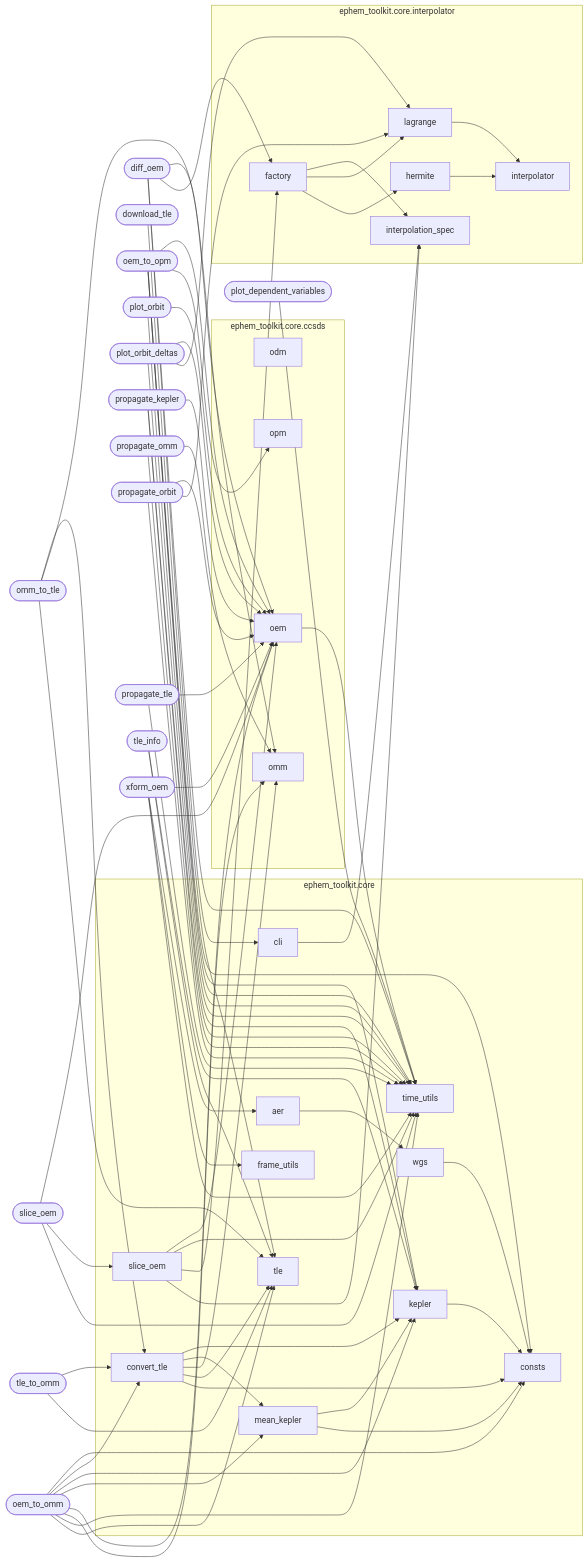
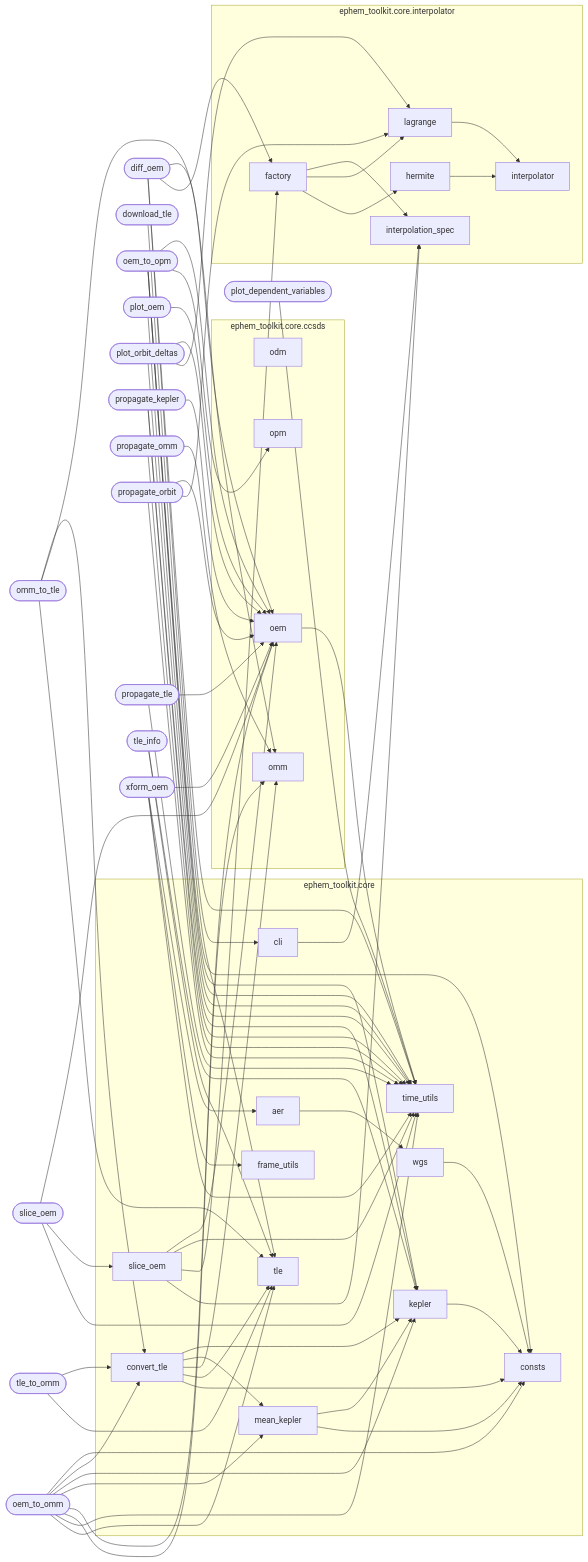
The diagram in docs/python_module_dependency_graph.mmd (jeongyunl/ephem-toolkit), drawn with Mermaid before and after one commit. The commit also changed 15 other files, not shown here.

Commit message:
Rename plot-orbit to plot-oem

```diff
--- a/docs/python_module_dependency_graph.mmd
+++ b/docs/python_module_dependency_graph.mmd
@@ -1,130 +1,130 @@
 ---
 config:
   flowchart:
     curve: basis
 ---
 graph LR
 
 %% Internal Python module dependencies under ephem_toolkit namespace
 %% Standalone scripts use stadium shape ([...])
 %% Library modules use default rectangle shape [...]
 %% Updated to match the current packages and CLI entry points.
 
     subgraph core["ephem_toolkit.core"]
         mod_core_aer[aer]
         mod_core_consts[consts]
         mod_core_convert_tle[convert_tle]
         mod_core_frame_utils[frame_utils]
         mod_core_kepler[kepler]
         mod_core_mean_kepler[mean_kepler]
         mod_core_slice_oem[slice_oem]
         mod_core_time_utils[time_utils]
         mod_core_tle[tle]
         mod_core_wgs[wgs]
         mod_core_cli[cli]
     end
 
     subgraph ccsds["ephem_toolkit.core.ccsds"]
         mod_core_odm[odm]
         mod_core_oem[oem]
         mod_core_opm[opm]
         mod_core_omm[omm]
     end
 
     subgraph interpolator["ephem_toolkit.core.interpolator"]
         mod_interpolator_interpolator[interpolator]
         mod_interpolator_lagrange[lagrange]
         mod_interpolator_hermite[hermite]
         mod_interpolator_spec[interpolation_spec]
         mod_interpolator_factory[factory]
     end
 
     mod_util_diff_oem([diff_oem])
     mod_util_download_tle([download_tle])
     mod_util_oem_to_omm([oem_to_omm])
     mod_util_oem_to_opm([oem_to_opm])
     mod_util_omm_to_tle([omm_to_tle])
-    mod_util_plot_orbit([plot_orbit])
+    mod_util_plot_oem([plot_oem])
     mod_util_plot_orbit_deltas([plot_orbit_deltas])
     mod_util_plot_dep_vars([plot_dependent_variables])
     mod_util_propagate_kepler([propagate_kepler])
     mod_util_propagate_omm([propagate_omm])
     mod_util_propagate_orbit([propagate_orbit])
     mod_util_propagate_tle([propagate_tle])
     mod_util_slice_oem([slice_oem])
     mod_util_tle_info([tle_info])
     mod_util_tle_to_omm([tle_to_omm])
     mod_util_xform_oem([xform_oem])
 
     %% ===== Core library internal edges =====
     mod_core_aer --> mod_core_wgs
     mod_core_convert_tle --> mod_core_kepler
     mod_core_convert_tle --> mod_core_mean_kepler
     mod_core_convert_tle --> mod_core_omm
     mod_core_convert_tle --> mod_core_tle
     mod_core_convert_tle --> mod_core_consts
     mod_core_kepler --> mod_core_consts
     mod_core_mean_kepler --> mod_core_kepler
     mod_core_mean_kepler --> mod_core_consts
     mod_core_oem --> mod_core_time_utils
     mod_core_slice_oem --> mod_core_oem
     mod_core_slice_oem --> mod_core_time_utils
     mod_core_slice_oem --> mod_interpolator_factory
     mod_core_slice_oem --> mod_interpolator_spec
     mod_core_wgs --> mod_core_consts
     mod_interpolator_lagrange --> mod_interpolator_interpolator
     mod_interpolator_hermite --> mod_interpolator_interpolator
     mod_interpolator_factory --> mod_interpolator_spec
     mod_interpolator_factory --> mod_interpolator_lagrange
     mod_interpolator_factory --> mod_interpolator_hermite
     mod_core_cli --> mod_interpolator_spec
 
     %% ===== Utility module edges to core =====
     mod_util_xform_oem --> mod_core_aer
     mod_util_xform_oem --> mod_core_frame_utils
     mod_util_xform_oem --> mod_core_oem
     mod_util_xform_oem --> mod_core_time_utils
     mod_util_omm_to_tle --> mod_core_convert_tle
     mod_util_omm_to_tle --> mod_core_omm
     mod_util_omm_to_tle --> mod_core_tle
     mod_util_slice_oem --> mod_core_oem
     mod_util_slice_oem --> mod_core_slice_oem
     mod_util_slice_oem --> mod_core_time_utils
     mod_util_tle_info --> mod_core_kepler
     mod_util_tle_info --> mod_core_tle
     mod_util_tle_to_omm --> mod_core_convert_tle
     mod_util_tle_to_omm --> mod_core_tle
     mod_util_diff_oem --> mod_core_oem
     mod_util_diff_oem --> mod_core_time_utils
     mod_util_diff_oem --> mod_interpolator_factory
     mod_util_diff_oem --> mod_core_cli
-    mod_util_plot_orbit --> mod_core_oem
-    mod_util_plot_orbit --> mod_core_time_utils
+    mod_util_plot_oem --> mod_core_oem
+    mod_util_plot_oem --> mod_core_time_utils
     mod_util_plot_orbit_deltas --> mod_core_oem
     mod_util_plot_orbit_deltas --> mod_core_time_utils
     mod_util_plot_orbit_deltas --> mod_interpolator_lagrange
     mod_util_plot_dep_vars --> mod_core_time_utils
     mod_util_propagate_kepler --> mod_core_oem
     mod_util_propagate_kepler --> mod_core_kepler
     mod_util_propagate_kepler --> mod_core_time_utils
     mod_util_propagate_omm --> mod_core_omm
     mod_util_propagate_omm --> mod_core_time_utils
     mod_util_propagate_orbit --> mod_core_oem
     mod_util_propagate_orbit --> mod_core_time_utils
     mod_util_propagate_orbit --> mod_interpolator_lagrange
     mod_util_propagate_tle --> mod_core_oem
     mod_util_propagate_tle --> mod_core_time_utils
     mod_util_oem_to_opm --> mod_core_consts
     mod_util_oem_to_opm --> mod_core_kepler
     mod_util_oem_to_opm --> mod_core_oem
     mod_util_oem_to_opm --> mod_core_opm
     mod_util_oem_to_opm --> mod_core_time_utils
     mod_util_oem_to_omm --> mod_core_consts
     mod_util_oem_to_omm --> mod_core_convert_tle
     mod_util_oem_to_omm --> mod_core_kepler
     mod_util_oem_to_omm --> mod_core_mean_kepler
     mod_util_oem_to_omm --> mod_core_oem
     mod_util_oem_to_omm --> mod_core_omm
     mod_util_oem_to_omm --> mod_core_time_utils
     mod_util_oem_to_omm --> mod_core_tle
     mod_util_download_tle --> mod_core_tle
```
